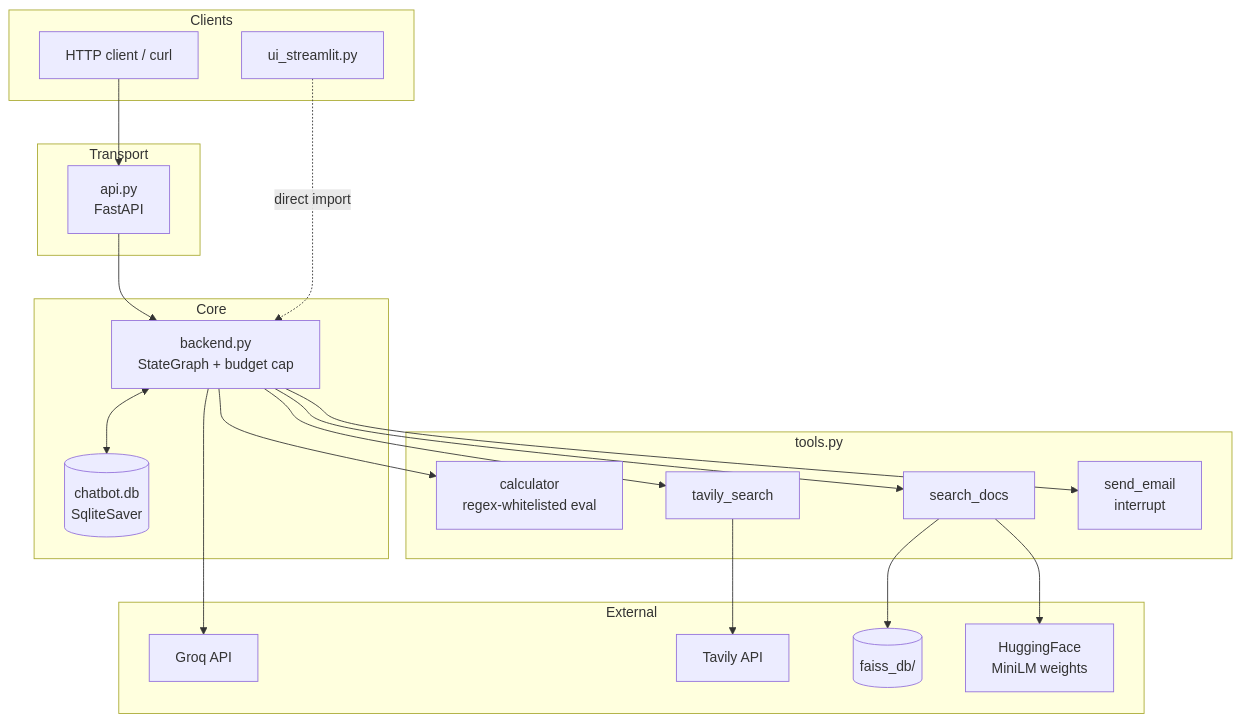
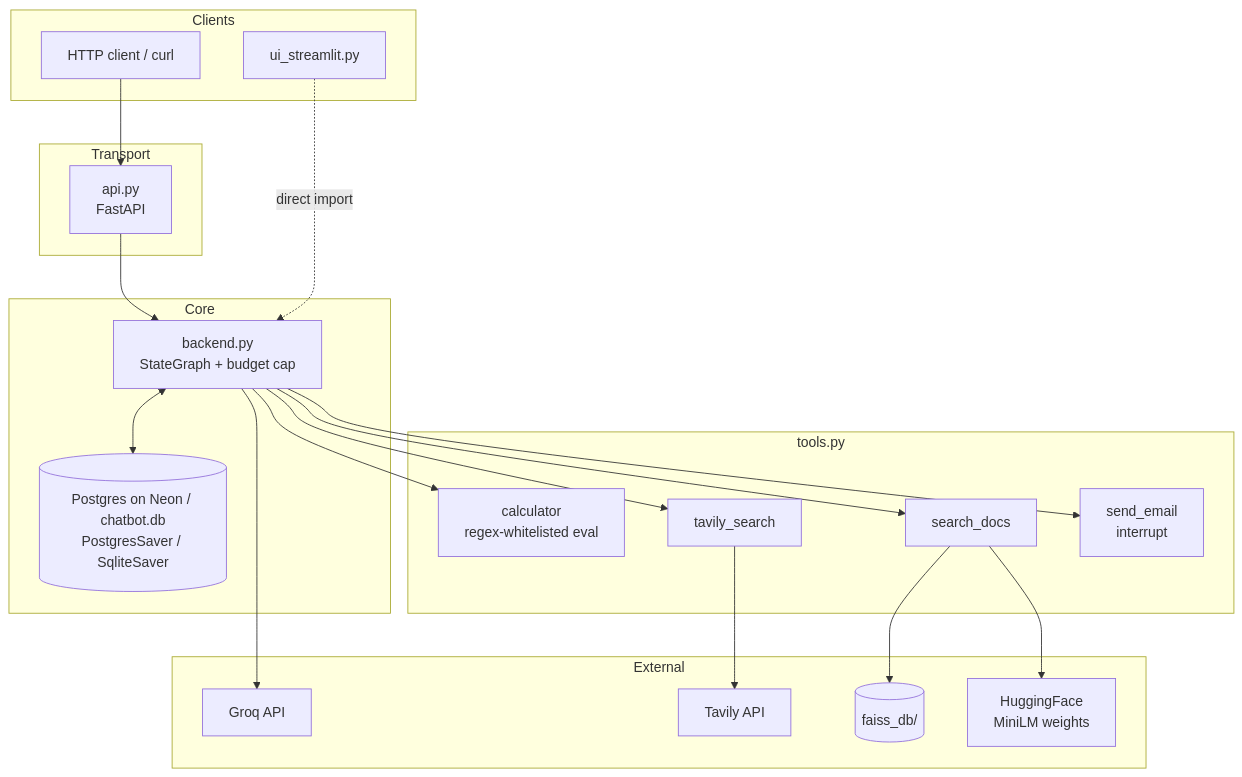
Before and after one commit to Aakif9866/Agentic-AI: the first of 4 diagrams in Module 10 - Project - Build Your Own ChatGPT Agent/ARCHITECTURE.md, drawn with Mermaid. The commit also changed other lines of this file and 3 other files, not shown here.

First line of the commit message:
Module 10 docs: bring README, HOW_IT_WORKS, ARCHITECTURE, V2_PLAN up to v2

````diff
--- a/Module 10 - Project - Build Your Own ChatGPT Agent/ARCHITECTURE.md
+++ b/Module 10 - Project - Build Your Own ChatGPT Agent/ARCHITECTURE.md
@@ -23,39 +23,39 @@
 ```mermaid
 graph TD
     subgraph Clients
         UI[ui_streamlit.py]
         HTTP[HTTP client / curl]
     end
 
     subgraph Transport
         API[api.py<br/>FastAPI]
     end
 
     subgraph Core
         BE[backend.py<br/>StateGraph + budget cap]
-        CP[(chatbot.db<br/>SqliteSaver)]
+        CP[(Postgres on Neon / chatbot.db<br/>PostgresSaver / SqliteSaver)]
     end
 
     subgraph Tools["tools.py"]
         CALC[calculator<br/>regex-whitelisted eval]
         WEB[tavily_search]
         DOCS[search_docs]
         MAIL[send_email<br/>interrupt]
     end
 
     subgraph External
         GROQ[Groq API]
         TAV[Tavily API]
         FAISS[(faiss_db/)]
         HF[HuggingFace<br/>MiniLM weights]
     end
 
     HTTP --> API --> BE
     UI -.direct import.-> BE
     BE <--> CP
     BE --> CALC & WEB & DOCS & MAIL
     BE --> GROQ
     WEB --> TAV
     DOCS --> FAISS
     DOCS --> HF
 ```
````
